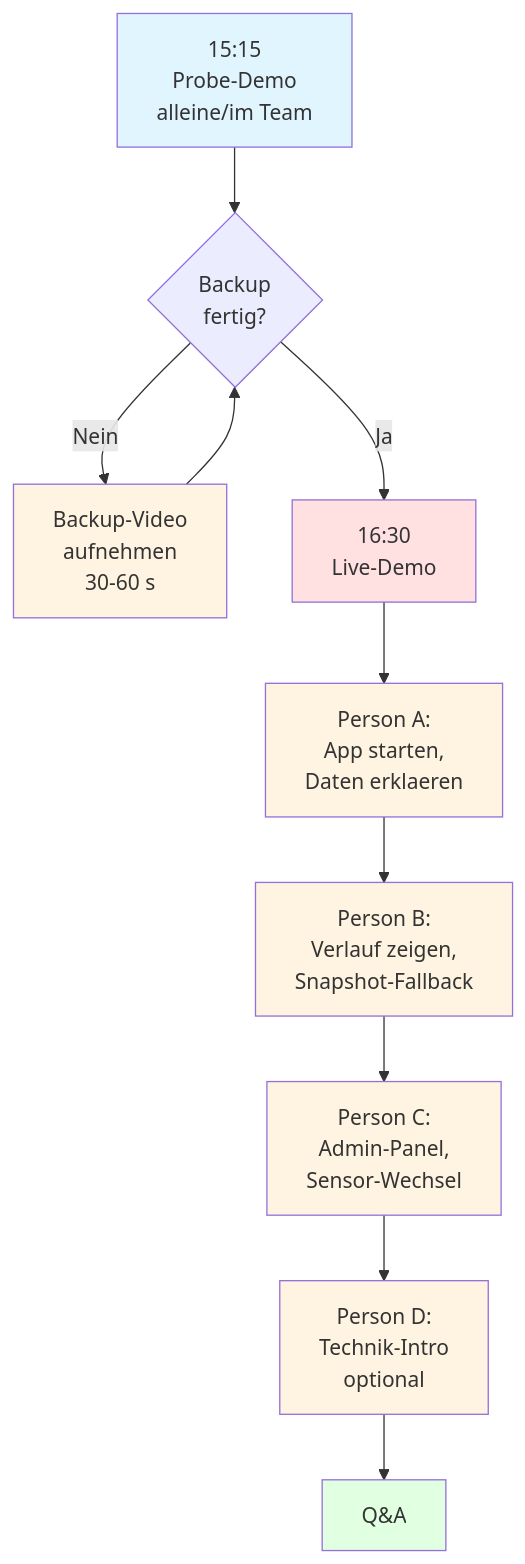
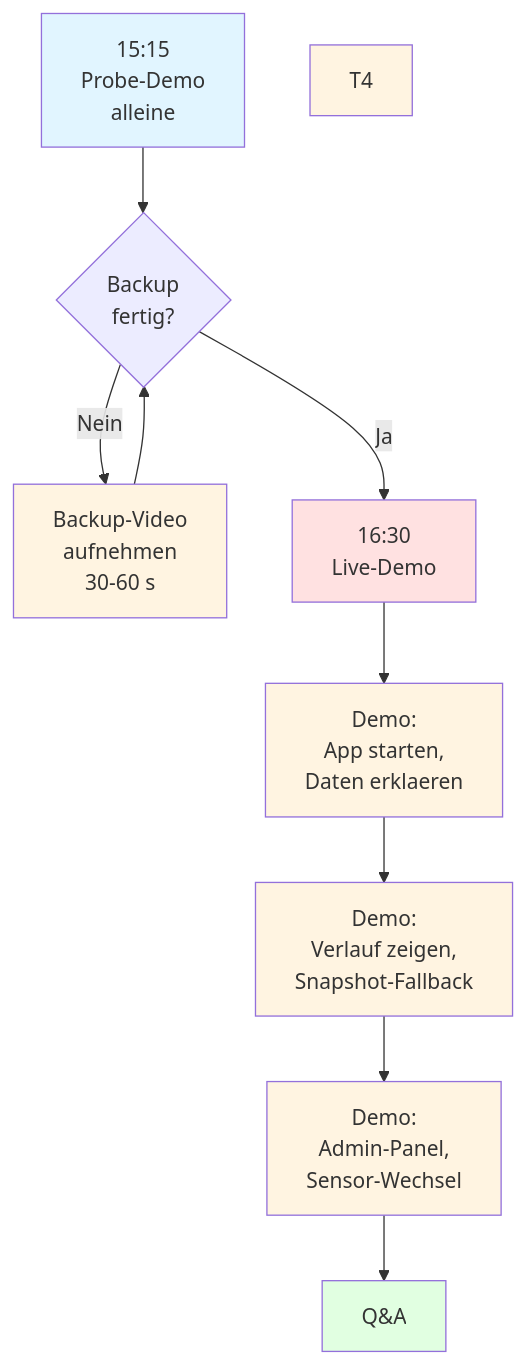
One commit to HeiligerG/ae-raumklima-bootcamp changed the diagram in docs/projekt/demo-checkliste.md. Above: the diagram before and after it, drawn with Mermaid. The commit also changed other lines of this file and 25 other files, not shown here.

````diff
--- a/docs/projekt/demo-checkliste.md
+++ b/docs/projekt/demo-checkliste.md
@@ -13,21 +13,20 @@
 ```mermaid
 flowchart TD
-    V[15:15<br/>Probe-Demo<br/>alleine/im Team] --> Q{Backup<br/>fertig?}
+    V[15:15<br/>Probe-Demo<br/>alleine] --> Q{Backup<br/>fertig?}
     Q -->|Nein| V2[Backup-Video<br/>aufnehmen<br/>30-60 s]
     V2 --> Q
     Q -->|Ja| D[16:30<br/>Live-Demo]
-    D --> T1[Person A:<br/>App starten,<br/>Daten erklaeren]
-    T1 --> T2[Person B:<br/>Verlauf zeigen,<br/>Snapshot-Fallback]
-    T2 --> T3[Person C:<br/>Admin-Panel,<br/>Sensor-Wechsel]
-    T3 --> T4[Person D:<br/>Technik-Intro<br/>optional]
-    T4 --> Q2[Q&A]
+    D --> T1[Demo:<br/>App starten,<br/>Daten erklaeren]
+    T1 --> T2[Demo:<br/>Verlauf zeigen,<br/>Snapshot-Fallback]
+    T2 --> T3[Demo:<br/>Admin-Panel,<br/>Sensor-Wechsel]
+    T3 --> Q2[Q&A]
 
     style V fill:#e1f5ff
     style V2 fill:#fff4e1
     style D fill:#ffe1e1
     style T1 fill:#fff4e1
     style T2 fill:#fff4e1
     style T3 fill:#fff4e1
     style T4 fill:#fff4e1
     style Q2 fill:#e1ffe1
 ```
````
